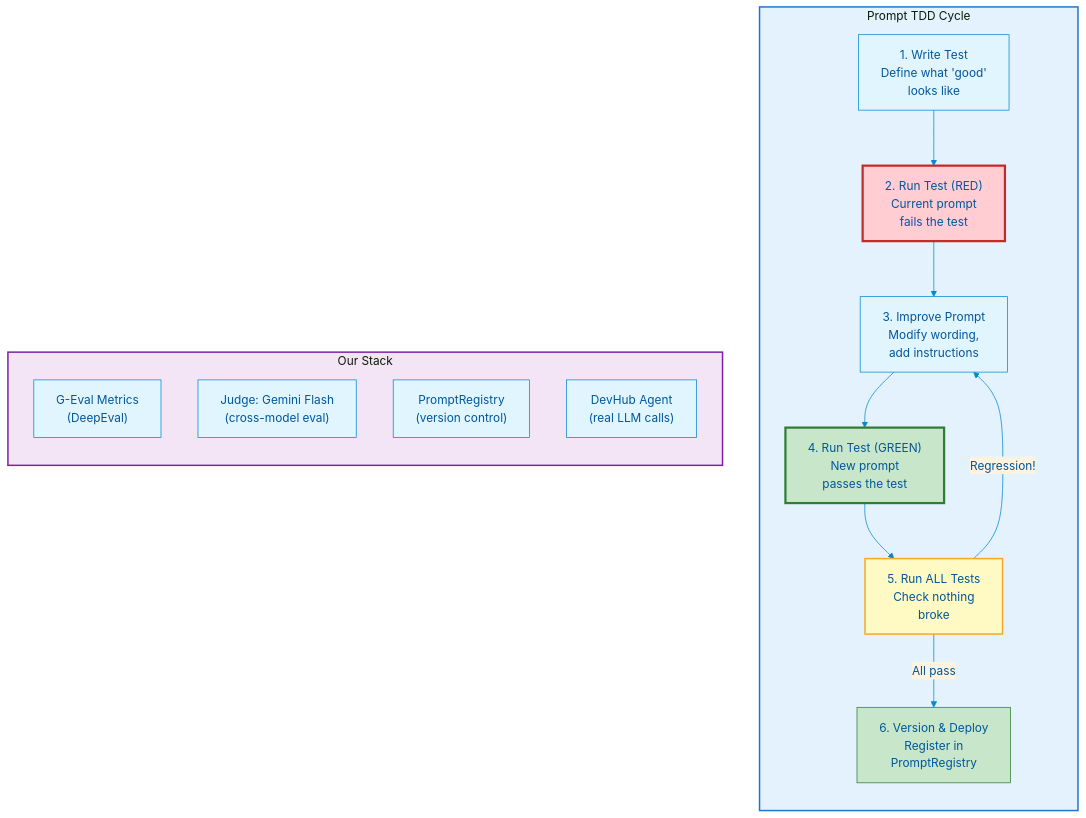
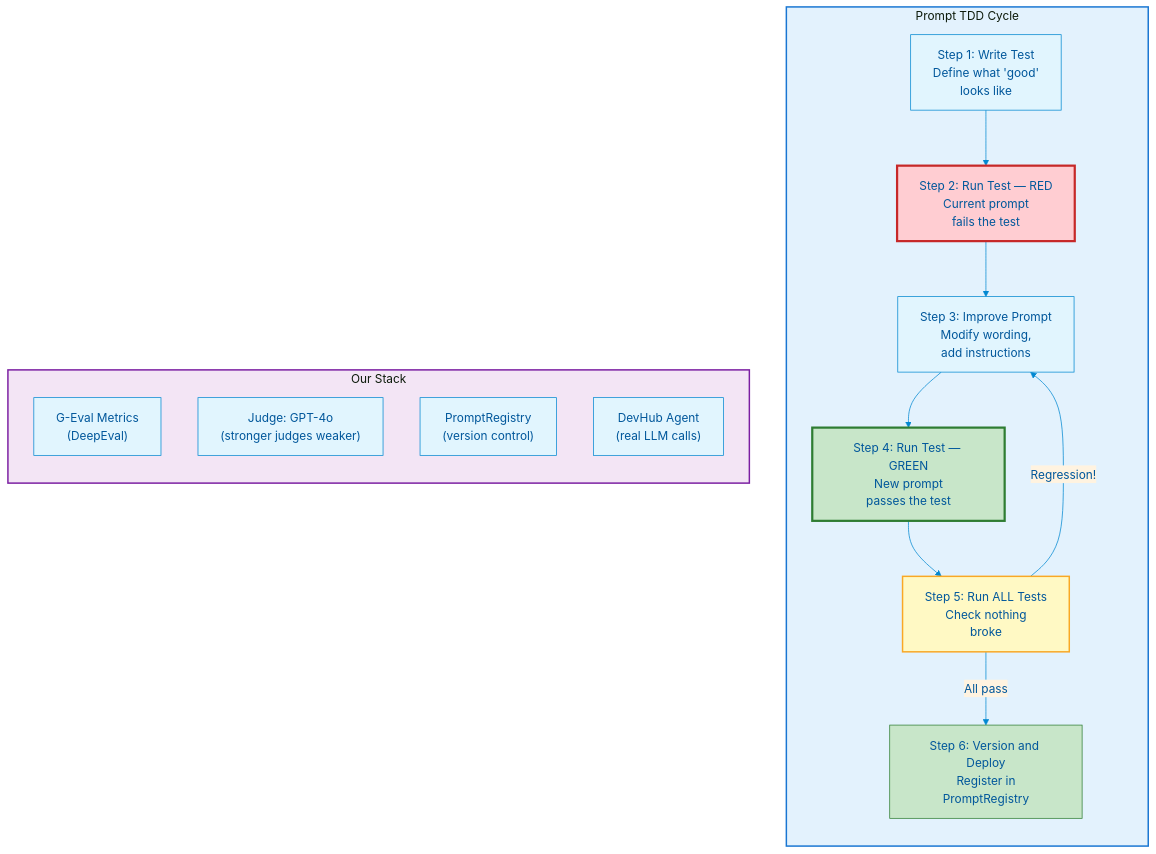
The diagram in exercises/session_06/charts/00_prompt_tdd_overview.mmd (axel-sirota/salesforce-ai-workshops), drawn with Mermaid before and after one commit. The commit also changed 9 other files, not shown here.

```diff
--- a/exercises/session_06/charts/00_prompt_tdd_overview.mmd
+++ b/exercises/session_06/charts/00_prompt_tdd_overview.mmd
@@ -1,33 +1,33 @@
 %%{init: {'theme': 'base', 'themeVariables': { 'primaryColor': '#e1f5fe', 'primaryTextColor': '#01579b', 'primaryBorderColor': '#0288d1', 'lineColor': '#0288d1', 'secondaryColor': '#fff3e0', 'tertiaryColor': '#f3e5f5'}}}%%
 flowchart TB
     subgraph TDD["Prompt TDD Cycle"]
         direction TB
-        WRITE["1. Write Test<br/>Define what 'good'<br/>looks like"]
-        RED["2. Run Test (RED)<br/>Current prompt<br/>fails the test"]
-        IMPROVE["3. Improve Prompt<br/>Modify wording,<br/>add instructions"]
-        GREEN["4. Run Test (GREEN)<br/>New prompt<br/>passes the test"]
-        REGRESS["5. Run ALL Tests<br/>Check nothing<br/>broke"]
-        VERSION["6. Version & Deploy<br/>Register in<br/>PromptRegistry"]
+        WRITE["Step 1: Write Test<br/>Define what 'good'<br/>looks like"]
+        RED["Step 2: Run Test — RED<br/>Current prompt<br/>fails the test"]
+        IMPROVE["Step 3: Improve Prompt<br/>Modify wording,<br/>add instructions"]
+        GREEN["Step 4: Run Test — GREEN<br/>New prompt<br/>passes the test"]
+        REGRESS["Step 5: Run ALL Tests<br/>Check nothing<br/>broke"]
+        VERSION["Step 6: Version and Deploy<br/>Register in<br/>PromptRegistry"]
 
         WRITE --> RED
         RED --> IMPROVE
         IMPROVE --> GREEN
         GREEN --> REGRESS
         REGRESS -->|"All pass"| VERSION
         REGRESS -->|"Regression!"| IMPROVE
     end
 
     subgraph Tools["Our Stack"]
         direction TB
         T1["G-Eval Metrics<br/>(DeepEval)"]
-        T2["Judge: Gemini Flash<br/>(cross-model eval)"]
+        T2["Judge: GPT-4o<br/>(stronger judges weaker)"]
         T3["PromptRegistry<br/>(version control)"]
         T4["DevHub Agent<br/>(real LLM calls)"]
     end
 
     style TDD fill:#e3f2fd,stroke:#1976d2,stroke-width:2px
     style RED fill:#ffcdd2,stroke:#c62828,stroke-width:3px
     style GREEN fill:#c8e6c9,stroke:#2e7d32,stroke-width:3px
     style REGRESS fill:#fff9c4,stroke:#f9a825,stroke-width:2px
     style VERSION fill:#c8e6c9,stroke:#2e7d32
     style Tools fill:#f3e5f5,stroke:#7b1fa2,stroke-width:2px
```
